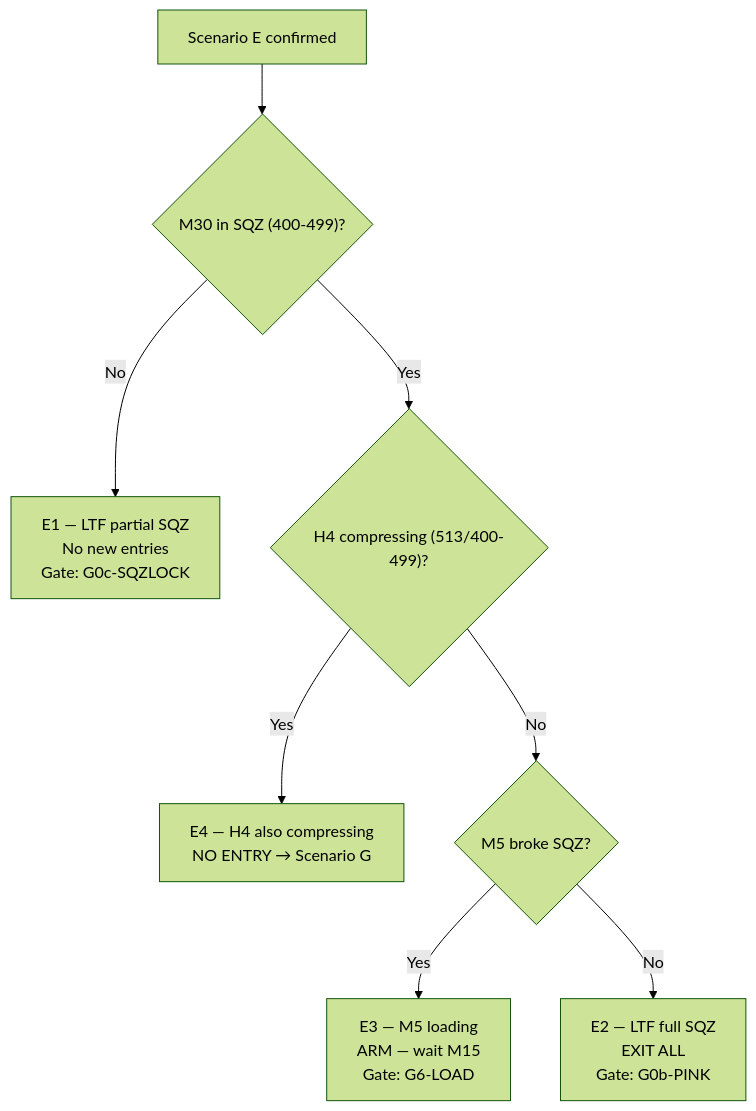
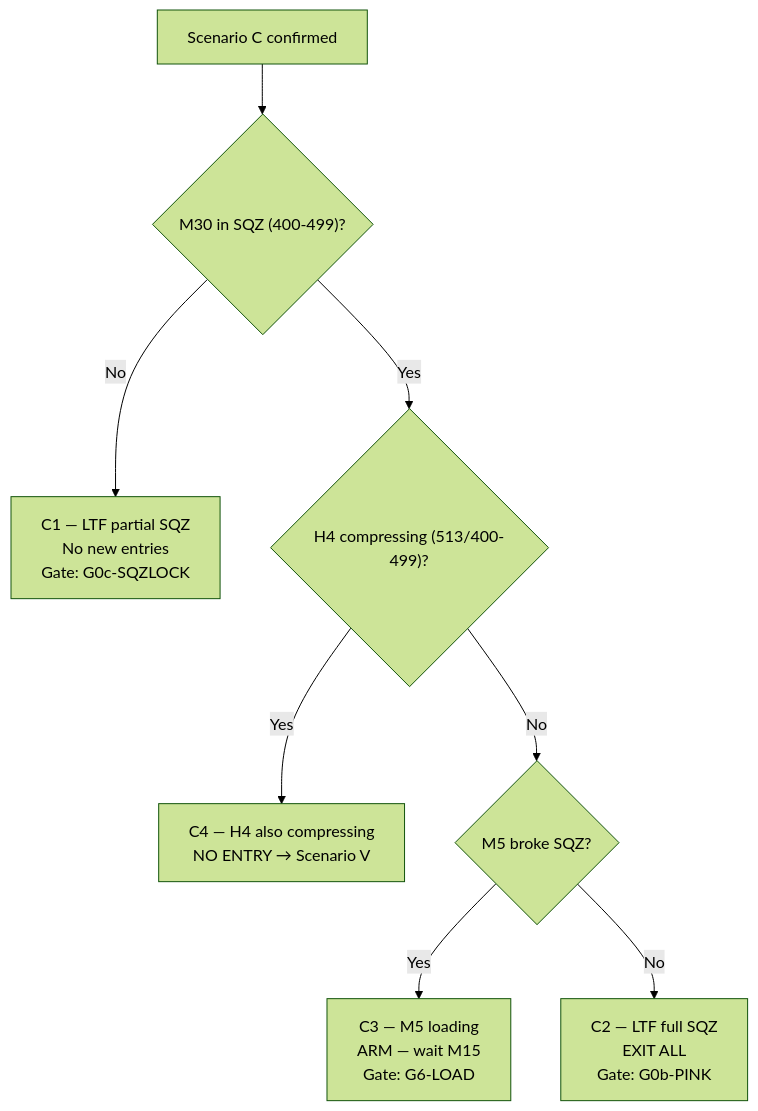
One commit to Terrypang89/BB_MTF_M15_STRATEGY changed diagram 11 of 17 in references/backtest_chart_analysis.md. Above: the diagram before and after it, drawn with Mermaid (forest theme). The commit also changed other lines of this file and 12 other files, not shown here.

````diff
--- a/references/backtest_chart_analysis.md
+++ b/references/backtest_chart_analysis.md
@@ -2409,10 +2409,10 @@
 ```mermaid
 flowchart TD
-    A["Scenario E confirmed"] --> B{"M30 in SQZ (400-499)?"}
-    B -->|No| E1s["E1 — LTF partial SQZ\nNo new entries\nGate: G0c-SQZLOCK"]
+    A["Scenario C confirmed"] --> B{"M30 in SQZ (400-499)?"}
+    B -->|No| E1s["C1 — LTF partial SQZ\nNo new entries\nGate: G0c-SQZLOCK"]
     B -->|Yes| C{"H4 compressing (513/400-499)?"}
-    C -->|Yes| E4s["E4 — H4 also compressing\nNO ENTRY → Scenario G"]
+    C -->|Yes| E4s["C4 — H4 also compressing\nNO ENTRY → Scenario V"]
     C -->|No| D{"M5 broke SQZ?"}
-    D -->|Yes| E3s["E3 — M5 loading\nARM — wait M15\nGate: G6-LOAD"]
-    D -->|No| E2s["E2 — LTF full SQZ\nEXIT ALL\nGate: G0b-PINK"]
+    D -->|Yes| E3s["C3 — M5 loading\nARM — wait M15\nGate: G6-LOAD"]
+    D -->|No| E2s["C2 — LTF full SQZ\nEXIT ALL\nGate: G0b-PINK"]
 ```
````
